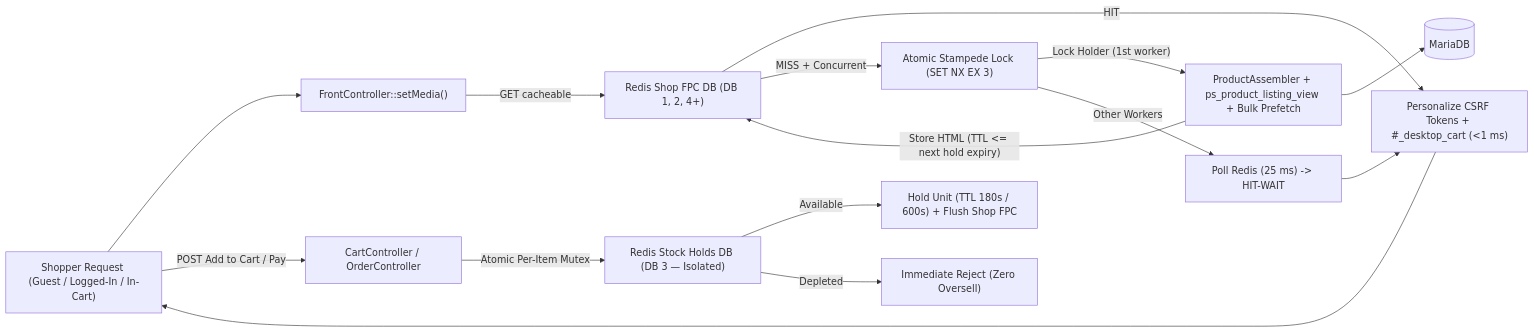
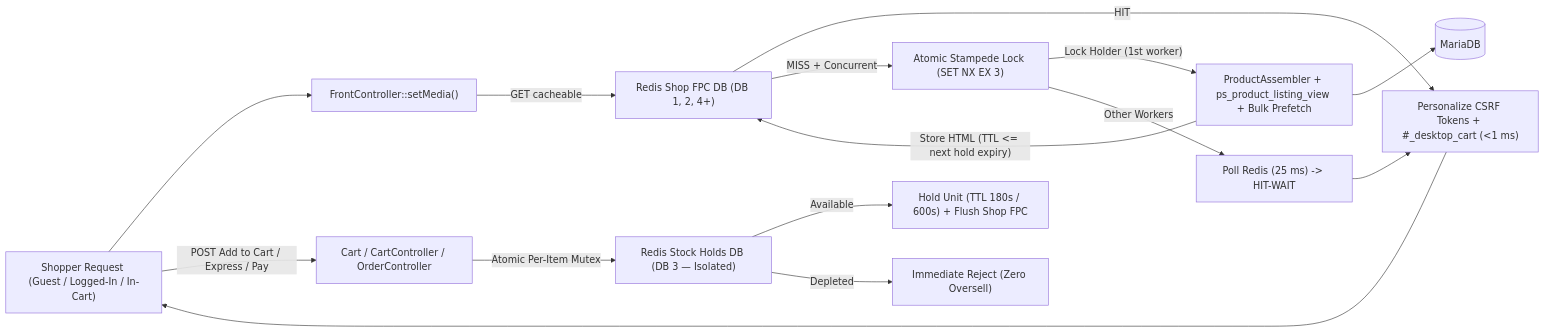
Before and after one commit to Bugfunder/ps_redis_perf: the diagram in README.md, drawn with Mermaid. The commit also changed other lines of this file and 5 other files, not shown here.

````diff
--- a/README.md
+++ b/README.md
@@ -13,18 +13,18 @@
 ```mermaid
 flowchart LR
     U["Shopper Request (Guest / Logged-In / In-Cart)"] --> FC["FrontController::setMedia()"]
     FC -->|"GET cacheable"| R1["Redis Shop FPC DB (DB 1, 2, 4+)"]
     R1 -->|"HIT"| P["Personalize CSRF Tokens + #_desktop_cart (<1 ms)"]
     P --> U
     R1 -->|"MISS + Concurrent"| LK["Atomic Stampede Lock (SET NX EX 3)"]
     LK -->|"Lock Holder (1st worker)"| PA["ProductAssembler + ps_product_listing_view + Bulk Prefetch"]
     LK -->|"Other Workers"| W["Poll Redis (25 ms) -> HIT-WAIT"]
     PA --> DB[("MariaDB")]
     PA -->|"Store HTML (TTL <= next hold expiry)"| R1
     W --> P
 
-    U -->|"POST Add to Cart / Pay"| CC["CartController / OrderController"]
+    U -->|"POST Add to Cart / Express / Pay"| CC["Cart / CartController / OrderController"]
     CC -->|"Atomic Per-Item Mutex"| R3["Redis Stock Holds DB (DB 3 — Isolated)"]
     R3 -->|"Available"| OK["Hold Unit (TTL 180s / 600s) + Flush Shop FPC"]
     R3 -->|"Depleted"| REJ["Immediate Reject (Zero Oversell)"]
 ```
````
